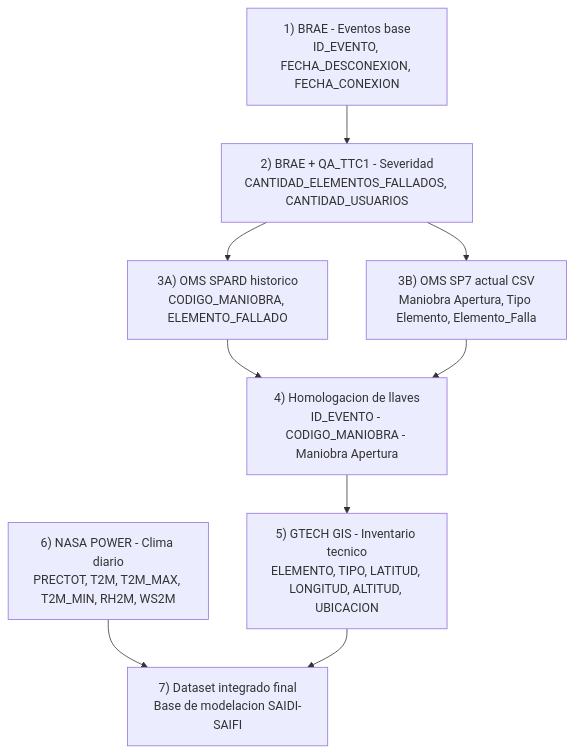
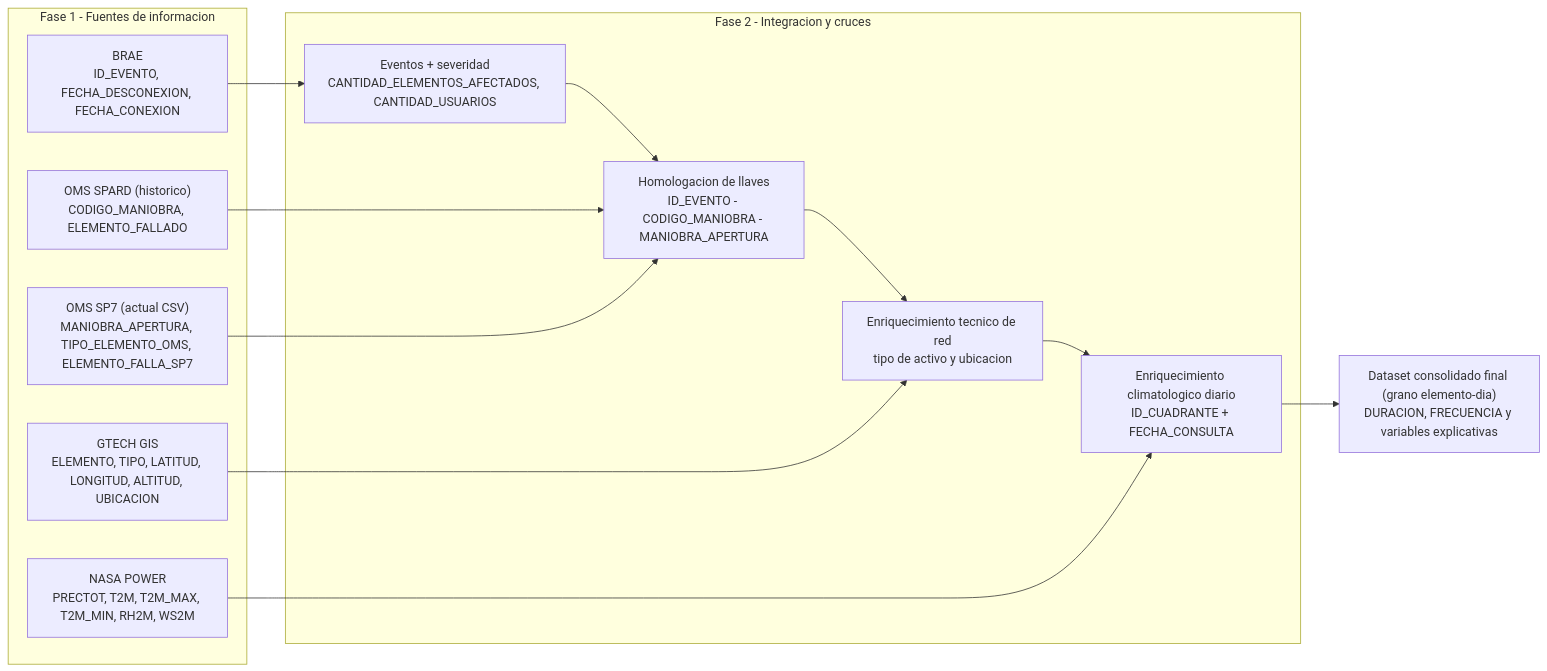
One commit to esilvas1/DataCollection_Tesis_MCD changed the diagram in Scripts/Edwin/Documentacion/informe_recoleccion.Rmd. Above: the diagram before and after it, drawn with Mermaid.

Commit message:
Ajuste sobre el chunk marmeid del diagrama de flujo en la extraccion e integracion de datos

````diff
--- a/Scripts/Edwin/Documentacion/informe_recoleccion.Rmd
+++ b/Scripts/Edwin/Documentacion/informe_recoleccion.Rmd
@@ -251,20 +251,32 @@
 ```mermaid
-flowchart TD
-    A["1) BRAE - Eventos base<br/>ID_EVENTO, FECHA_DESCONEXION, FECHA_CONEXION"]
-    B["2) BRAE + QA_TTC1 - Severidad<br/>CANTIDAD_ELEMENTOS_FALLADOS, CANTIDAD_USUARIOS"]
-    C["3A) OMS SPARD historico<br/>CODIGO_MANIOBRA, ELEMENTO_FALLADO"]
-    D["3B) OMS SP7 actual CSV<br/>Maniobra Apertura, Tipo Elemento, Elemento_Falla"]
-    E["4) Homologacion de llaves<br/>ID_EVENTO - CODIGO_MANIOBRA - Maniobra Apertura"]
-    F["5) GTECH GIS - Inventario tecnico<br/>ELEMENTO, TIPO, LATITUD, LONGITUD, ALTITUD, UBICACION"]
-    H["6) NASA POWER - Clima diario<br/>PRECTOT, T2M, T2M_MAX, T2M_MIN, RH2M, WS2M"]
-    G["7) Dataset integrado final<br/>Base de modelacion SAIDI-SAIFI"]
+flowchart LR
+    %% ===== FASE 1: FUENTES =====
+    subgraph S1["Fase 1 - Fuentes de informacion"]
+      A["BRAE<br/>ID_EVENTO, FECHA_DESCONEXION, FECHA_CONEXION"]
+      C["OMS SPARD (historico)<br/>CODIGO_MANIOBRA, ELEMENTO_FALLADO"]
+      D["OMS SP7 (actual CSV)<br/>MANIOBRA_APERTURA, TIPO_ELEMENTO_OMS, ELEMENTO_FALLA_SP7"]
+      F["GTECH GIS<br/>ELEMENTO, TIPO, LATITUD, LONGITUD, ALTITUD, UBICACION"]
+      H["NASA POWER<br/>PRECTOT, T2M, T2M_MAX, T2M_MIN, RH2M, WS2M"]
+    end
+
+    %% ===== FASE 2: INTEGRACION =====
+    subgraph S2["Fase 2 - Integracion y cruces"]
+      B["Eventos + severidad<br/>CANTIDAD_ELEMENTOS_AFECTADOS, CANTIDAD_USUARIOS"]
+      E["Homologacion de llaves<br/>ID_EVENTO - CODIGO_MANIOBRA - MANIOBRA_APERTURA"]
+      R["Enriquecimiento tecnico de red<br/>tipo de activo y ubicacion"]
+      CL["Enriquecimiento climatologico diario<br/>ID_CUADRANTE + FECHA_CONSULTA"]
+    end
+
+    %% ===== FASE 3: SALIDA =====
+    G["Dataset consolidado final (grano elemento-dia)<br/>DURACION, FRECUENCIA y variables explicativas"]
 
     A --> B
-    B --> C
-    B --> D
+    B --> E
     C --> E
     D --> E
-    E --> F
-    H --> G
-    F --> G
+    E --> R
+    F --> R
+    R --> CL
+    H --> CL
+    CL --> G
  ``` 
````
